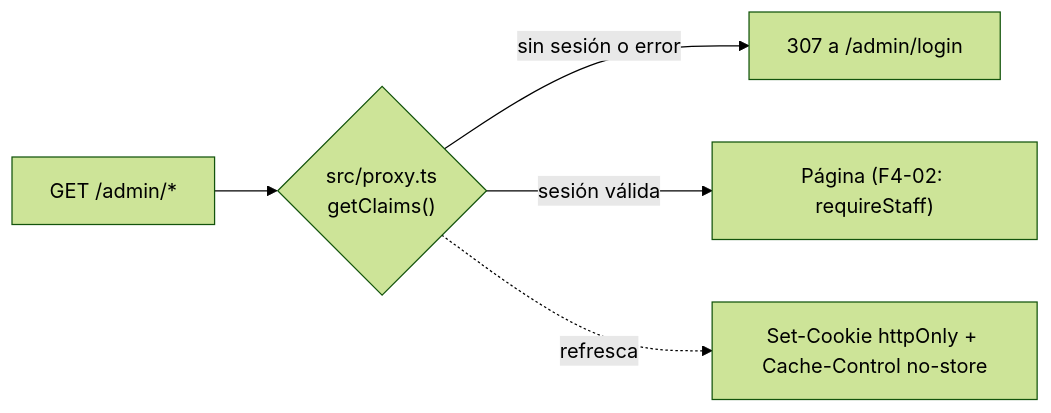
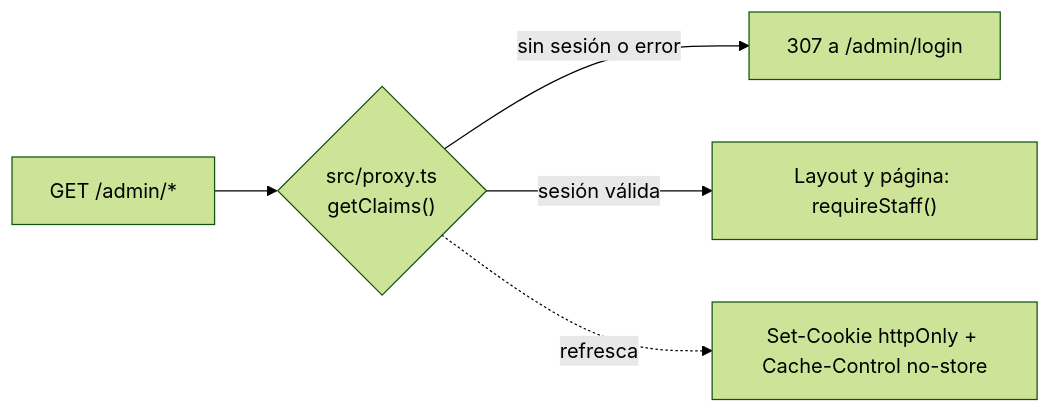
One commit to joaquinopall/estudio-familia-demo changed the second of 5 diagrams in docs/ARCHITECTURE.md. Above: the diagram before and after it, drawn with Mermaid (forest theme). The commit also changed other lines of this file and 34 other files, not shown here.

````diff
--- a/docs/ARCHITECTURE.md
+++ b/docs/ARCHITECTURE.md
@@ -91,7 +92,7 @@
 ```mermaid
 flowchart LR
   B[GET /admin/*] --> P{"src/proxy.ts<br/>getClaims()"}
   P -- sin sesión o error --> L[307 a /admin/login]
-  P -- sesión válida --> G["Página (F4-02: requireStaff)"]
+  P -- sesión válida --> G["Layout y página: requireStaff()"]
   P -. refresca .-> C[Set-Cookie httpOnly + Cache-Control no-store]
 ```
````
